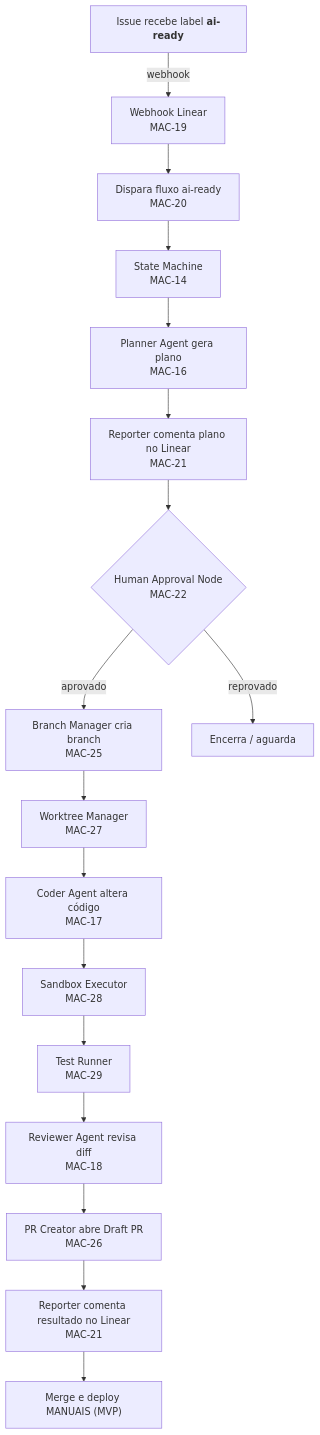
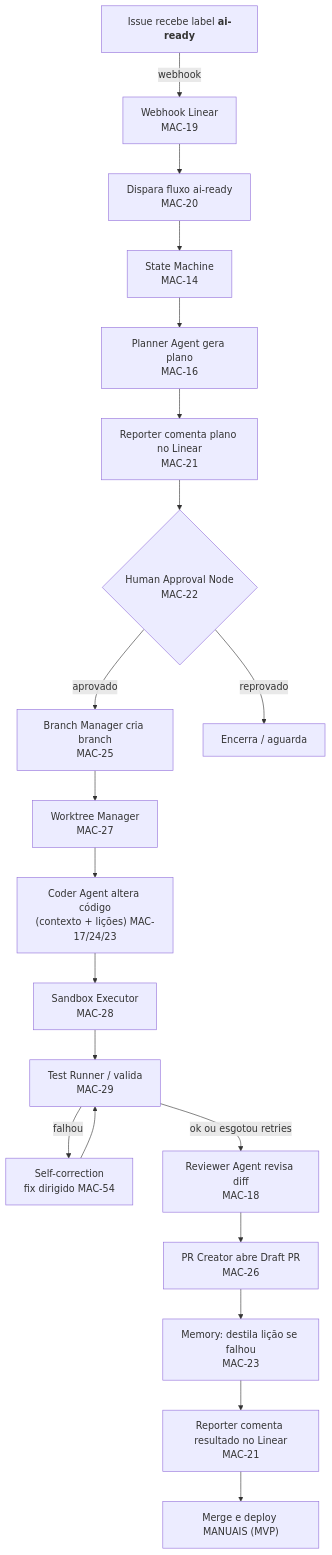
One commit to raniellimontagna/agent-platform changed the second of 2 diagrams in docs/ARCHITECTURE.md. Above: the diagram before and after it, drawn with Mermaid. The commit also changed other lines of this file and 4 other files, not shown here.

````diff
--- a/docs/ARCHITECTURE.md
+++ b/docs/ARCHITECTURE.md
@@ -51,19 +51,22 @@
 ```mermaid
 flowchart TD
   A["Issue recebe label <b>ai-ready</b>"] -->|webhook| B["Webhook Linear<br/>MAC-19"]
   B --> C["Dispara fluxo ai-ready<br/>MAC-20"]
   C --> D["State Machine<br/>MAC-14"]
   D --> E["Planner Agent gera plano<br/>MAC-16"]
   E --> F["Reporter comenta plano no Linear<br/>MAC-21"]
   F --> G{"Human Approval Node<br/>MAC-22"}
   G -->|aprovado| H["Branch Manager cria branch<br/>MAC-25"]
   G -->|reprovado| Z["Encerra / aguarda"]
   H --> I["Worktree Manager<br/>MAC-27"]
-  I --> J["Coder Agent altera código<br/>MAC-17"]
+  I --> J["Coder Agent altera código<br/>(contexto + lições) MAC-17/24/23"]
   J --> K["Sandbox Executor<br/>MAC-28"]
-  K --> L["Test Runner<br/>MAC-29"]
-  L --> M["Reviewer Agent revisa diff<br/>MAC-18"]
+  K --> L["Test Runner / valida<br/>MAC-29"]
+  L -->|"falhou"| FX["Self-correction<br/>fix dirigido MAC-54"]
+  FX --> L
+  L -->|"ok ou esgotou retries"| M["Reviewer Agent revisa diff<br/>MAC-18"]
   M --> N["PR Creator abre Draft PR<br/>MAC-26"]
-  N --> O["Reporter comenta resultado no Linear<br/>MAC-21"]
+  N --> Q["Memory: destila lição se falhou<br/>MAC-23"]
+  Q --> O["Reporter comenta resultado no Linear<br/>MAC-21"]
   O --> P["Merge e deploy MANUAIS (MVP)"]
 ```
````
